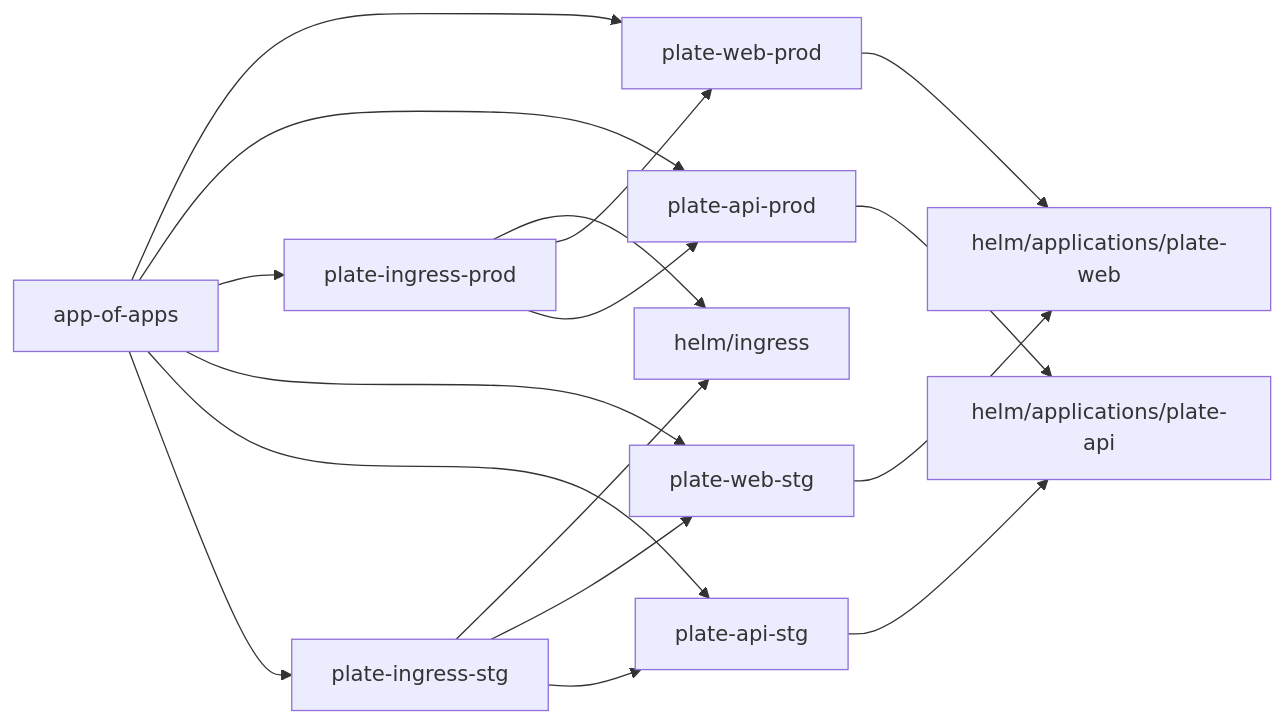
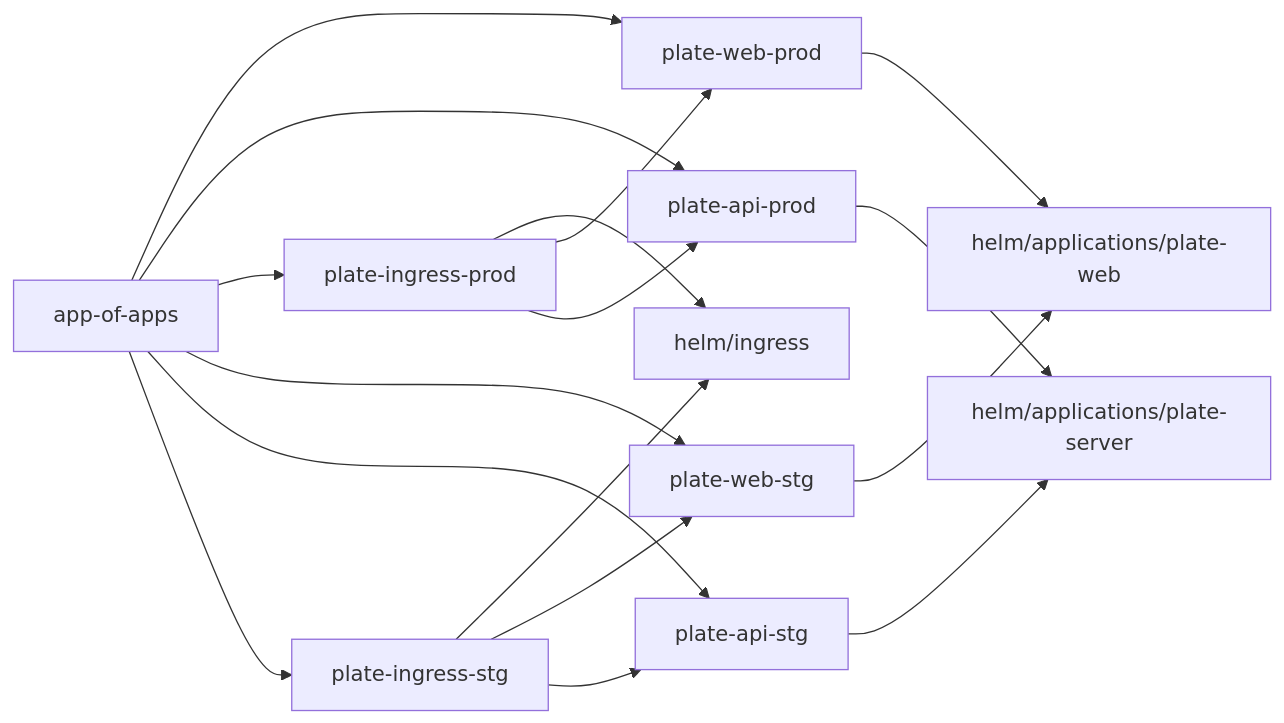
One commit to kimjoongwon/prj-devops changed the fourth of 4 diagrams in .qoder/repowiki/ko/content/핵심 구현/통합 포인트/GitOps 배포 통합/GitOps 배포 통합.md. Above: the diagram before and after it, drawn with Mermaid. The commit also changed other lines of this file and 60 other files, not shown here.

First line of the commit message:
docs(helm): plate-api 관련 문서의 Helm 경로를 plate-server로 변경

````diff
--- a/.qoder/repowiki/ko/content/핵심 구현/통합 포인트/GitOps 배포 통합/GitOps 배포 통합.md
+++ b/.qoder/repowiki/ko/content/핵심 구현/통합 포인트/GitOps 배포 통합/GitOps 배포 통합.md
@@ -271,19 +271,19 @@
 ```mermaid
 graph LR
 A[app-of-apps] --> B[plate-web-prod]
 A --> C[plate-api-prod]
 A --> D[plate-ingress-prod]
 A --> E[plate-web-stg]
 A --> F[plate-api-stg]
 A --> G[plate-ingress-stg]
 B --> H[helm/applications/plate-web]
-C --> I[helm/applications/plate-api]
+C --> I[helm/applications/plate-server]
 D --> J[helm/ingress]
 E --> H
 F --> I
 G --> J
 D --> B
 D --> C
 G --> E
 G --> F
 ```
````
